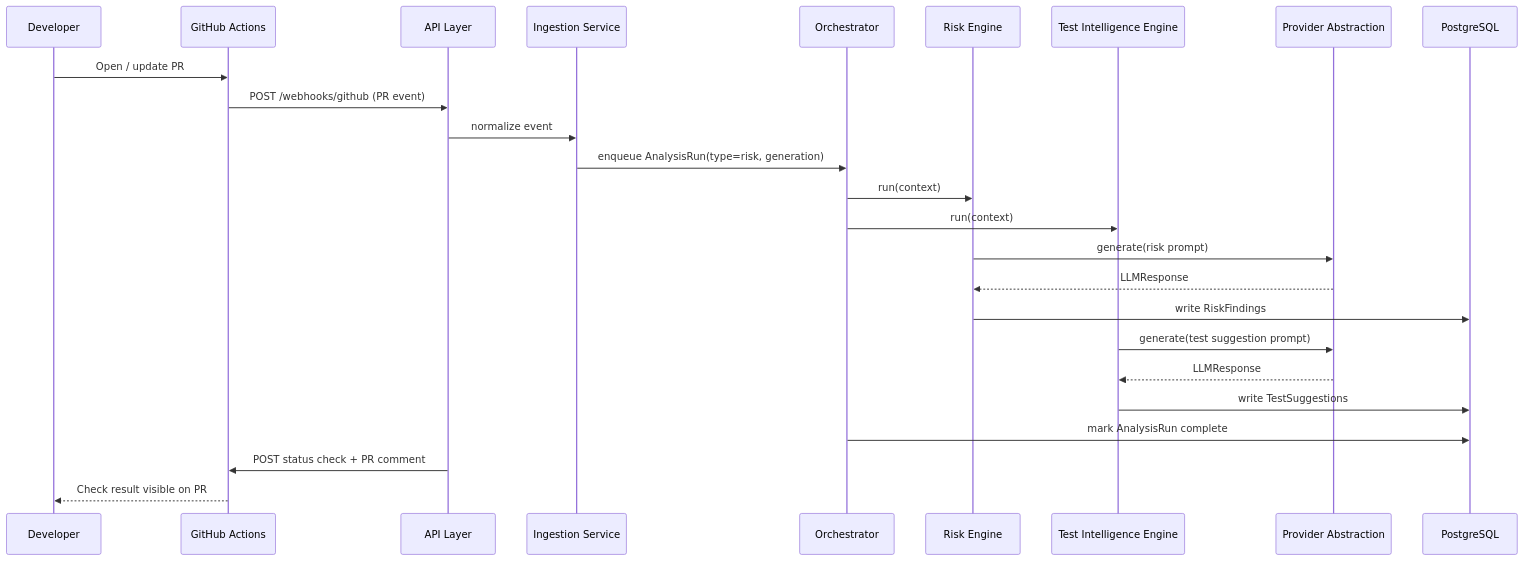
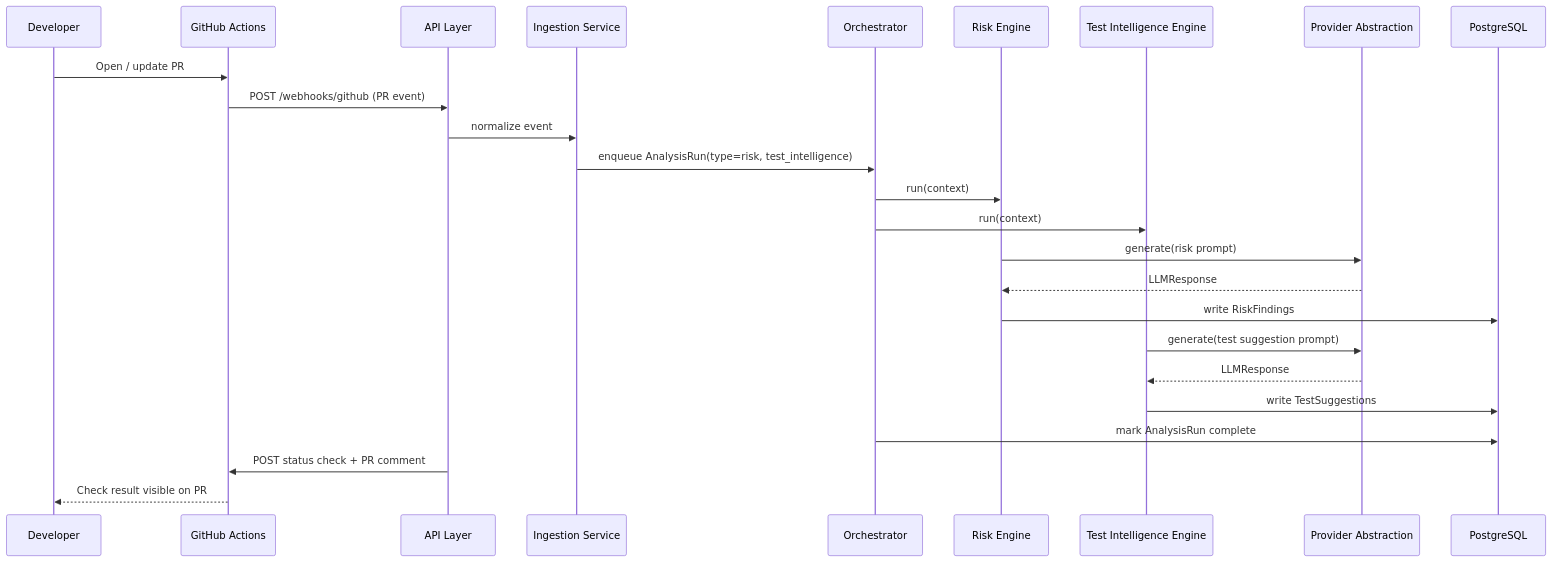
The first of 3 diagrams in docs/system-design.md (sdkdeepa/ai-test-intelligence-platform), drawn with Mermaid before and after one commit. The commit also changed other lines of this file and 2 other files, not shown here.

Commit message:
implement AI test intelligence engine

````diff
--- a/docs/system-design.md
+++ b/docs/system-design.md
@@ -8,28 +8,28 @@
 ```mermaid
 sequenceDiagram
     participant Dev as Developer
     participant GH as GitHub Actions
     participant API as API Layer
     participant Ing as Ingestion Service
     participant Orch as Orchestrator
     participant Risk as Risk Engine
-    participant Gen as Test Intelligence Engine
+    participant TestIntel as Test Intelligence Engine
     participant Prov as Provider Abstraction
     participant DB as PostgreSQL
 
     Dev->>GH: Open / update PR
     GH->>API: POST /webhooks/github (PR event)
     API->>Ing: normalize event
-    Ing->>Orch: enqueue AnalysisRun(type=risk, generation)
+    Ing->>Orch: enqueue AnalysisRun(type=risk, test_intelligence)
     Orch->>Risk: run(context)
-    Orch->>Gen: run(context)
+    Orch->>TestIntel: run(context)
     Risk->>Prov: generate(risk prompt)
     Prov-->>Risk: LLMResponse
     Risk->>DB: write RiskFindings
-    Gen->>Prov: generate(test suggestion prompt)
-    Prov-->>Gen: LLMResponse
-    Gen->>DB: write TestSuggestions
+    TestIntel->>Prov: generate(test suggestion prompt)
+    Prov-->>TestIntel: LLMResponse
+    TestIntel->>DB: write TestSuggestions
     Orch->>DB: mark AnalysisRun complete
     API->>GH: POST status check + PR comment
     GH-->>Dev: Check result visible on PR
 ```
````
